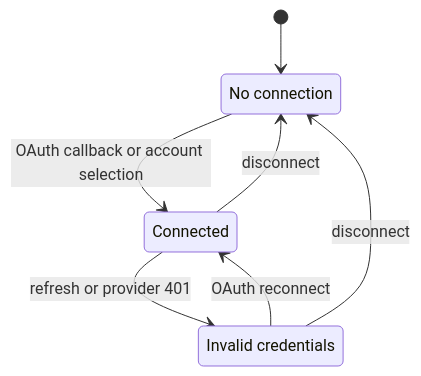
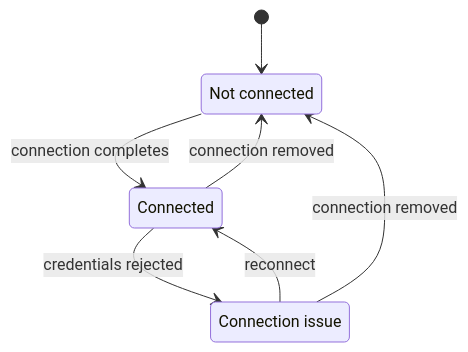
One commit to FelOps-platform/felops-backend changed the diagram in docs/features/integrations.md. Above: the diagram before and after it, drawn with Mermaid. The commit also changed other lines of this file and 28 other files, not shown here.

````diff
--- a/docs/features/integrations.md
+++ b/docs/features/integrations.md
@@ -106,12 +67,12 @@
 ```mermaid
 stateDiagram-v2
-  state "No connection" as NoConnection
+  state "Not connected" as NotConnected
   state "Connected" as Connected
-  state "Invalid credentials" as Invalid
-  [*] --> NoConnection
-  NoConnection --> Connected: OAuth callback or account selection
-  Connected --> Invalid: refresh or provider 401
-  Invalid --> Connected: OAuth reconnect
-  Connected --> NoConnection: disconnect
-  Invalid --> NoConnection: disconnect
+  state "Connection issue" as Issue
+  [*] --> NotConnected
+  NotConnected --> Connected: connection completes
+  Connected --> Issue: credentials rejected
+  Issue --> Connected: reconnect
+  Connected --> NotConnected: connection removed
+  Issue --> NotConnected: connection removed
 ```
````
